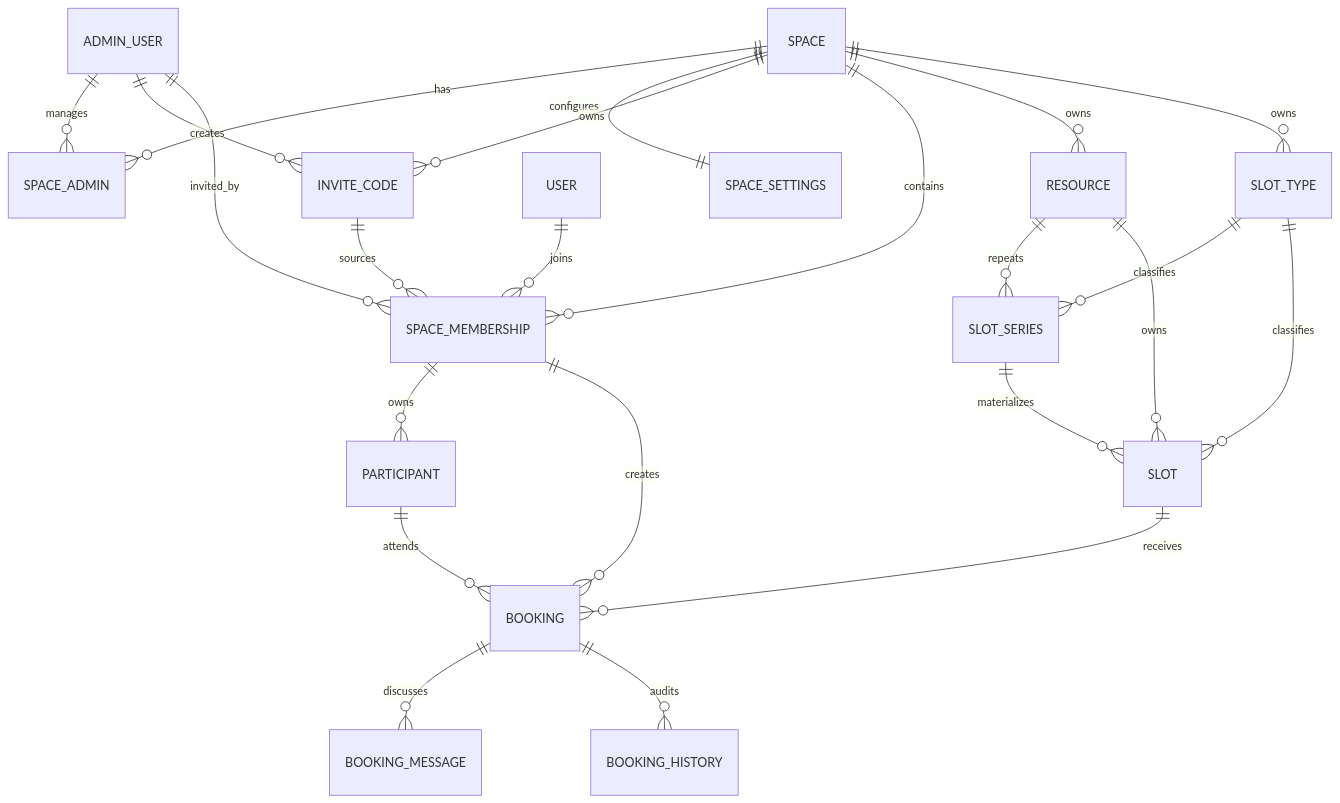
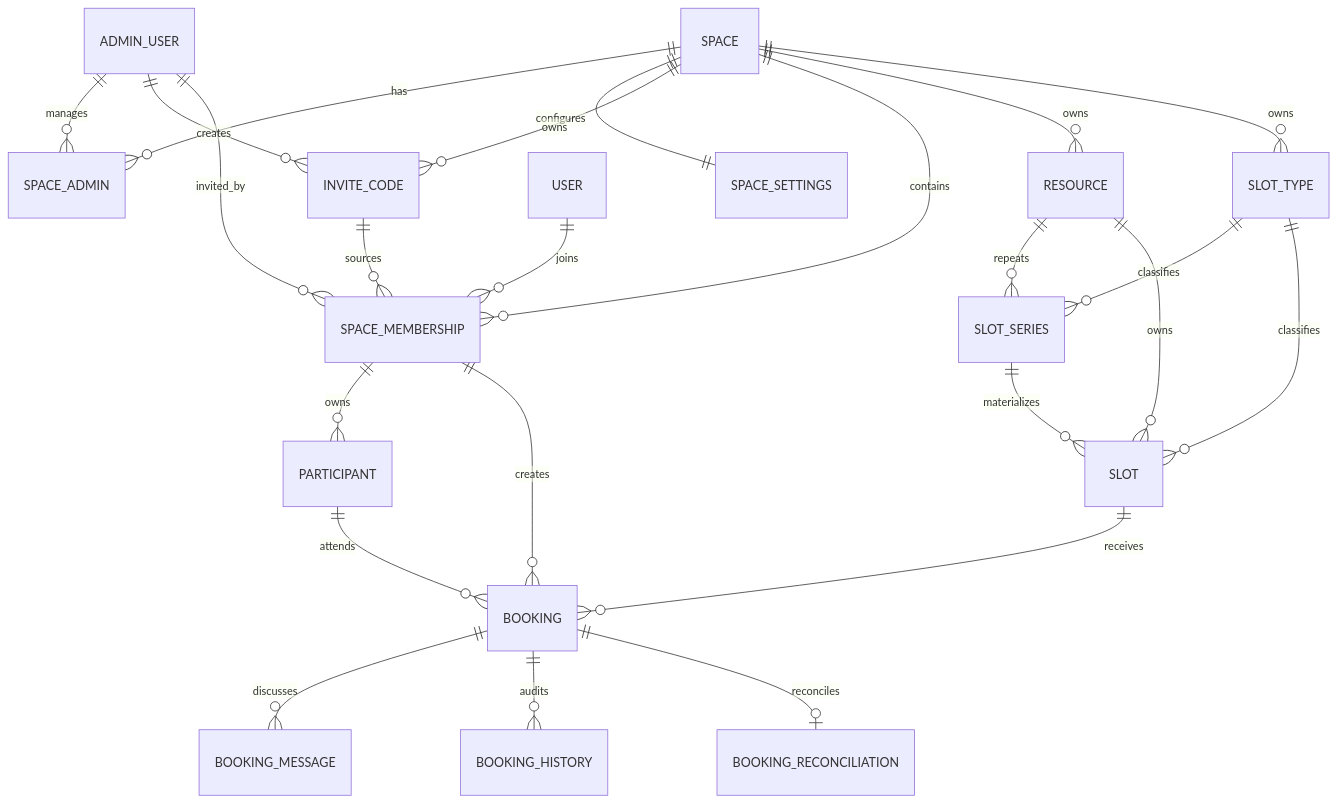
Before and after one commit to huangshirui/yuke: the diagram in docs/domain-model.md, drawn with Mermaid. The commit also changed other lines of this file and 26 other files, not shown here.

````diff
--- a/docs/domain-model.md
+++ b/docs/domain-model.md
@@ -18,29 +18,30 @@
 ```mermaid
 erDiagram
   ADMIN_USER ||--o{ SPACE_ADMIN : manages
   SPACE ||--o{ SPACE_ADMIN : has
   SPACE ||--|| SPACE_SETTINGS : configures
   ADMIN_USER ||--o{ INVITE_CODE : creates
   SPACE ||--o{ INVITE_CODE : owns
 
   USER ||--o{ SPACE_MEMBERSHIP : joins
   SPACE ||--o{ SPACE_MEMBERSHIP : contains
   INVITE_CODE ||--o{ SPACE_MEMBERSHIP : sources
   ADMIN_USER ||--o{ SPACE_MEMBERSHIP : invited_by
 
   SPACE_MEMBERSHIP ||--o{ PARTICIPANT : owns
 
   SPACE ||--o{ RESOURCE : owns
   SPACE ||--o{ SLOT_TYPE : owns
   RESOURCE ||--o{ SLOT_SERIES : repeats
   SLOT_TYPE ||--o{ SLOT_SERIES : classifies
   SLOT_SERIES ||--o{ SLOT : materializes
   RESOURCE ||--o{ SLOT : owns
   SLOT_TYPE ||--o{ SLOT : classifies
 
   SPACE_MEMBERSHIP ||--o{ BOOKING : creates
   PARTICIPANT ||--o{ BOOKING : attends
   SLOT ||--o{ BOOKING : receives
   BOOKING ||--o{ BOOKING_MESSAGE : discusses
   BOOKING ||--o{ BOOKING_HISTORY : audits
+  BOOKING ||--o| BOOKING_RECONCILIATION : reconciles
 ```
````
